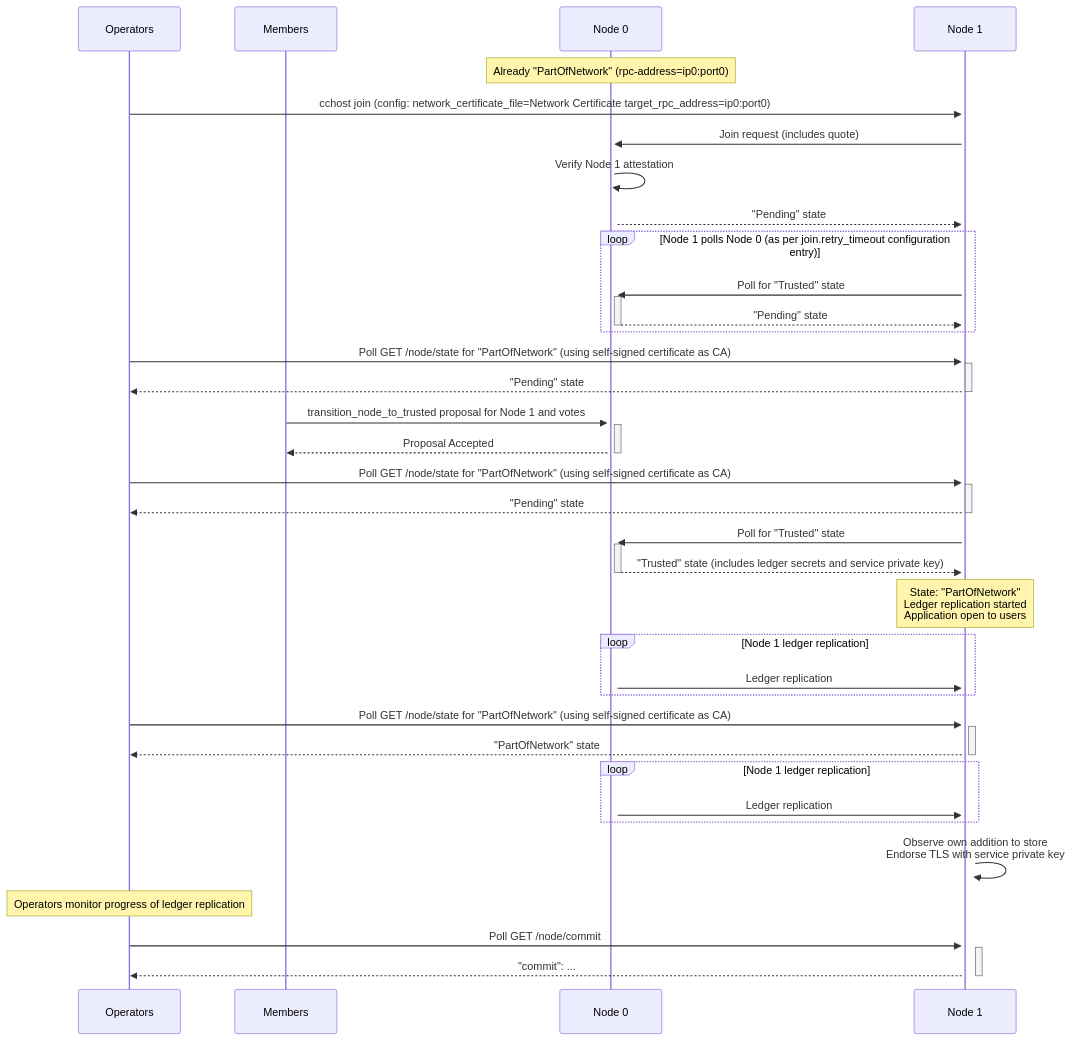
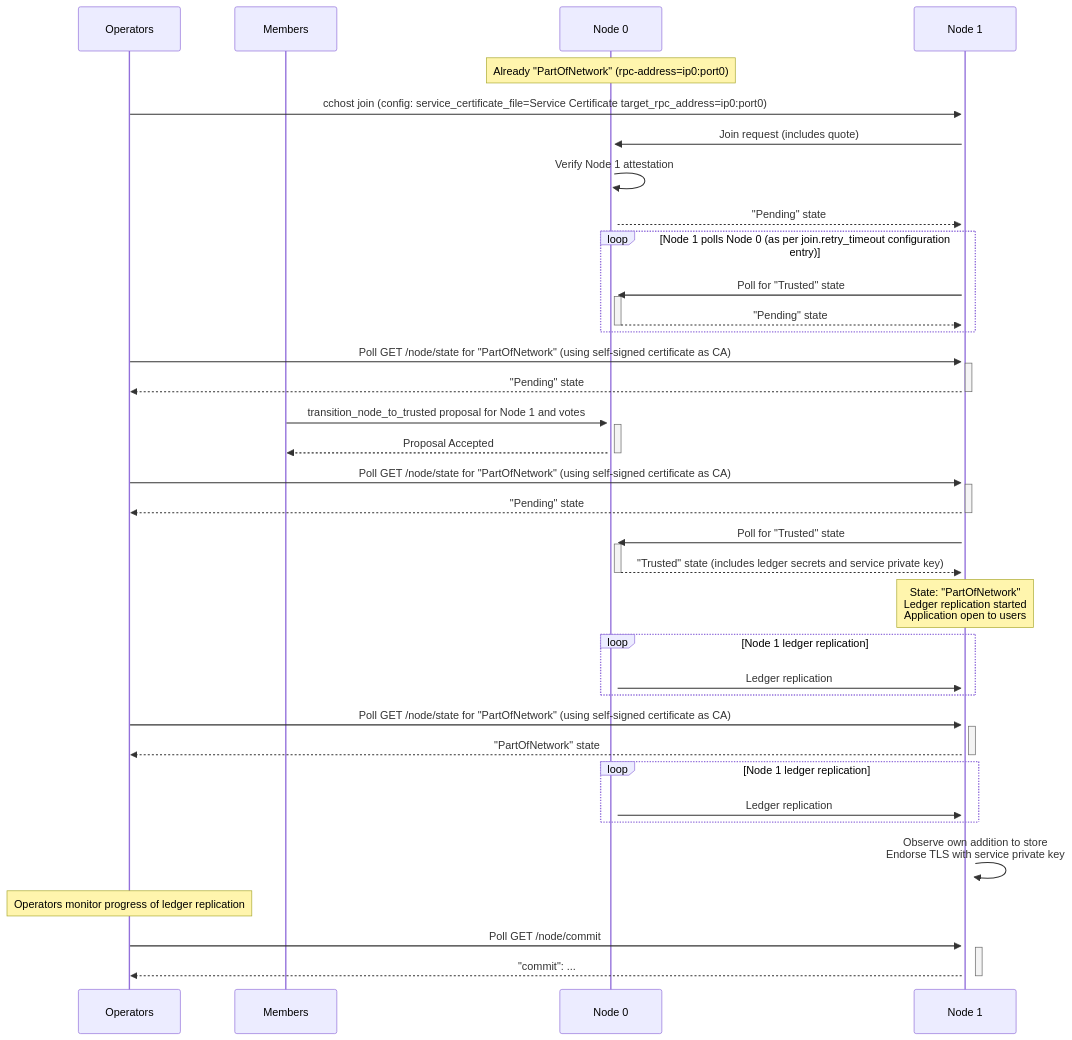
One commit to microsoft/CCF changed the third of 3 diagrams in doc/operations/start_network.rst. Above: the diagram before and after it, drawn with Mermaid. The commit also changed other lines of this file and 56 other files, not shown here.

Commit message:
Rename network cert to service cert

```diff
--- a/doc/operations/start_network.rst
+++ b/doc/operations/start_network.rst
@@ -71,51 +71,51 @@
 .. mermaid::
 
     sequenceDiagram
         participant Operators
         participant Members
         participant Node 0
         participant Node 1
 
         Note over Node 0: Already "PartOfNetwork" (rpc-address=ip0:port0)
 
-        Operators->>+Node 1: cchost join (config: network_certificate_file=Network Certificate target_rpc_address=ip0:port0)
+        Operators->>+Node 1: cchost join (config: service_certificate_file=Service Certificate target_rpc_address=ip0:port0)
 
         Node 1->>+Node 0: Join request (includes quote)
         Node 0->>+Node 0: Verify Node 1 attestation
         Node 0-->>Node 1: "Pending" state
 
         loop Node 1 polls Node 0 (as per join.retry_timeout configuration entry)
             Node 1->>+Node 0: Poll for "Trusted" state
             Node 0-->>-Node 1: "Pending" state
         end
 
         Operators->>+Node 1: Poll GET /node/state for "PartOfNetwork" (using self-signed certificate as CA)
         Node 1-->>-Operators: "Pending" state
 
         Members->>+Node 0: transition_node_to_trusted proposal for Node 1 and votes
         Node 0-->>-Members: Proposal Accepted
 
         Operators->>+Node 1: Poll GET /node/state for "PartOfNetwork" (using self-signed certificate as CA)
         Node 1-->>-Operators: "Pending" state
 
         Node 1->>+Node 0: Poll for "Trusted" state
         Node 0-->>-Node 1: "Trusted" state (includes ledger secrets and service private key)
 
         Note over Node 1: State: "PartOfNetwork" <br/> Ledger replication started <br/> Application open to users
 
         loop Node 1 ledger replication
             Node 0->>+Node 1: Ledger replication
         end
 
         Operators->>+Node 1: Poll GET /node/state for "PartOfNetwork" (using self-signed certificate as CA)
         Node 1-->>-Operators: "PartOfNetwork" state
 
         loop Node 1 ledger replication
             Node 0->>+Node 1: Ledger replication
         end
 
         Node 1->>+Node 1: Observe own addition to store <br> Endorse TLS with service private key
 
         Note over Operators: Operators monitor progress of ledger replication
         Operators->>+Node 1: Poll GET /node/commit
         Node 1-->>-Operators: "commit": ...
```
